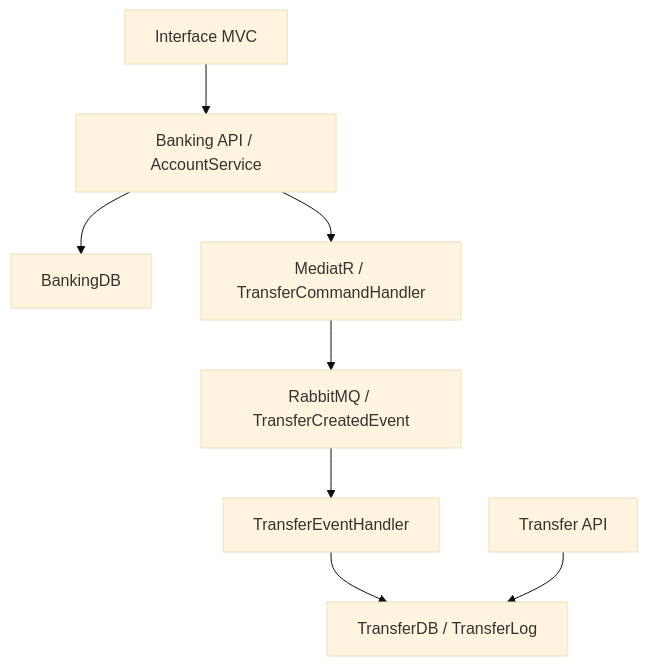
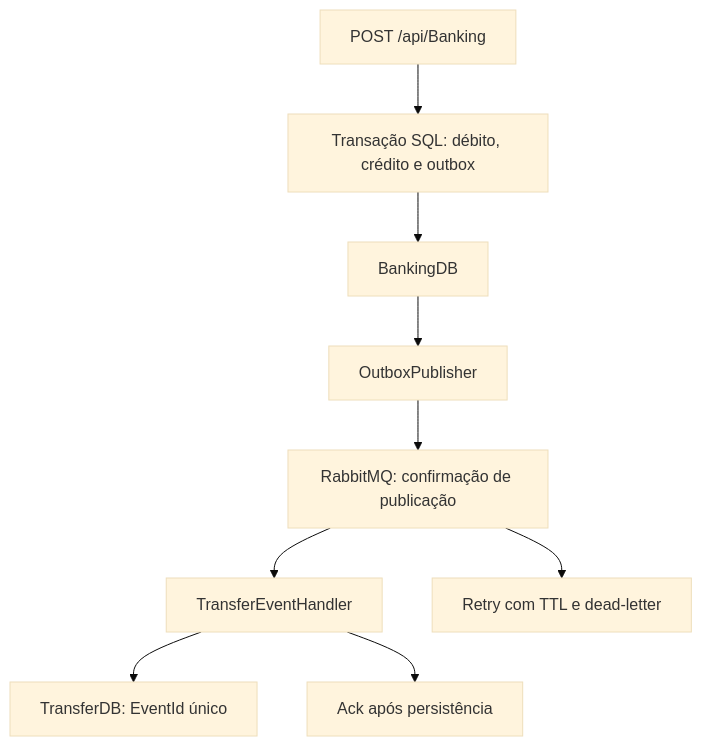
The diagram in README.md (fernandojs8/.NET-Core-Microservices-RabbitMQ-MediatR-CleanArchitecture), drawn with Mermaid (base theme) before and after one commit. The commit also changed other lines of this file and 66 other files, not shown here.

````diff
--- a/README.md
+++ b/README.md
@@ -26,10 +21,11 @@
 ```mermaid
 flowchart TD
-    MVC["Interface MVC"] --> API["Banking API / AccountService"]
-    API --> DB["BankingDB"]
-    API --> CMD["MediatR / TransferCommandHandler"]
-    CMD --> MQ["RabbitMQ / TransferCreatedEvent"]
+    HTTP["POST /api/Banking"] --> TX["Transação SQL: débito, crédito e outbox"]
+    TX --> BANK["BankingDB"]
+    BANK --> PUB["OutboxPublisher"]
+    PUB --> MQ["RabbitMQ: confirmação de publicação"]
     MQ --> HANDLER["TransferEventHandler"]
-    HANDLER --> LOG["TransferDB / TransferLog"]
-    READ["Transfer API"] --> LOG
+    HANDLER --> AUDIT["TransferDB: EventId único"]
+    HANDLER --> ACK["Ack após persistência"]
+    MQ --> RETRY["Retry com TTL e dead-letter"]
 ```
````
